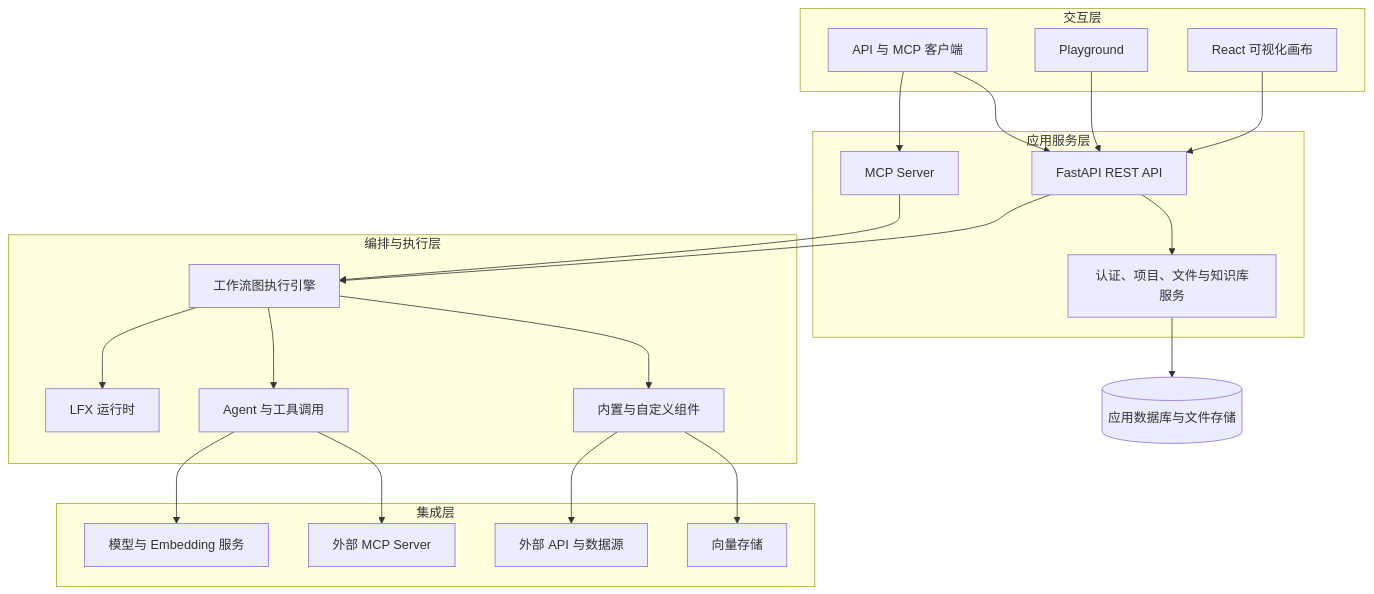
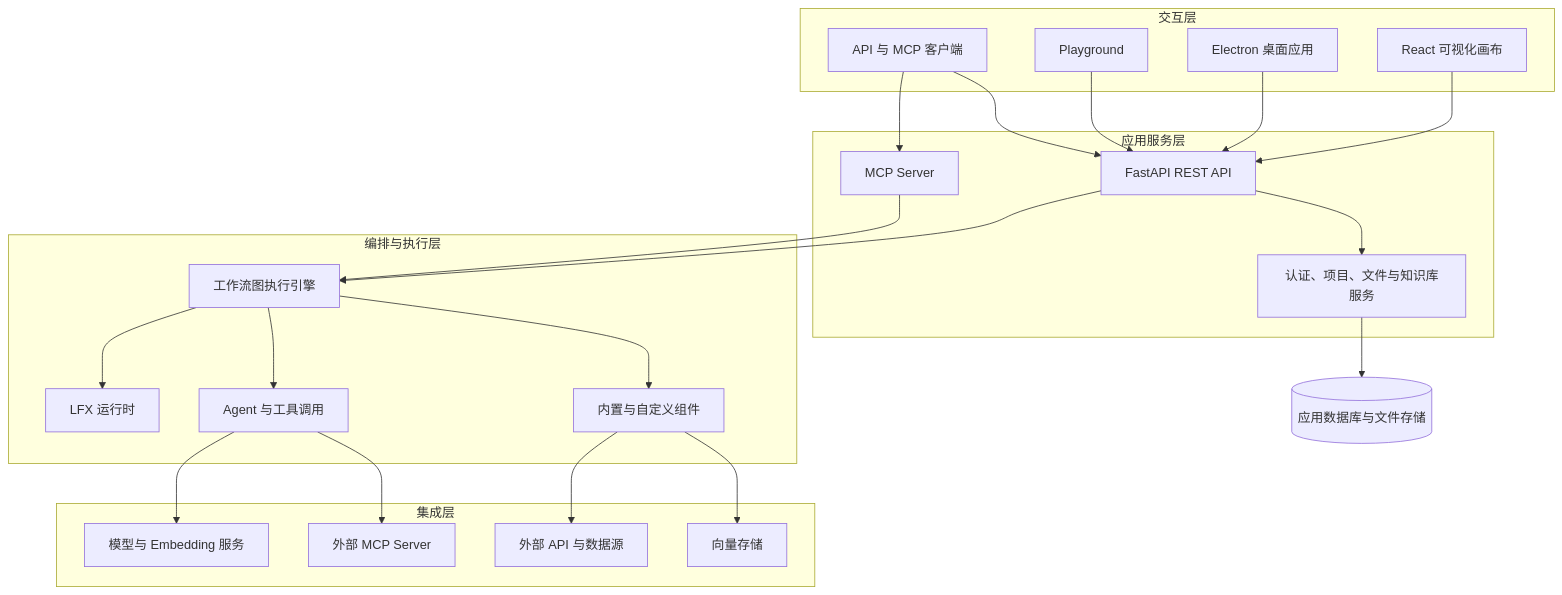
The second of 2 diagrams in README.md (lien0219/openxflow), drawn with Mermaid before and after one commit. The commit also changed other lines of this file, not shown here.

Commit message:
docs: expose desktop support in project readme

````diff
--- a/README.md
+++ b/README.md
@@ -135,46 +139,48 @@
 ```mermaid
 flowchart TB
     subgraph Experience[交互层]
         Web[React 可视化画布]
+        Desktop[Electron 桌面应用]
         Playground[Playground]
         Clients[API 与 MCP 客户端]
     end
 
     subgraph Application[应用服务层]
         FastAPI[FastAPI REST API]
         MCPAPI[MCP Server]
         Services[认证、项目、文件与知识库服务]
     end
 
     subgraph Runtime[编排与执行层]
         Graph[工作流图执行引擎]
         LFX[LFX 运行时]
         Agents[Agent 与工具调用]
         Components[内置与自定义组件]
     end
 
     subgraph Integrations[集成层]
         Models[模型与 Embedding 服务]
         MCPTools[外部 MCP Server]
         APIs[外部 API 与数据源]
         Vectors[向量存储]
     end
 
     Storage[(应用数据库与文件存储)]
 
     Web --> FastAPI
+    Desktop --> FastAPI
     Playground --> FastAPI
     Clients --> FastAPI
     Clients --> MCPAPI
     FastAPI --> Services
     FastAPI --> Graph
     MCPAPI --> Graph
     Graph --> LFX
     Graph --> Agents
     Graph --> Components
     Agents --> Models
     Agents --> MCPTools
     Components --> APIs
     Components --> Vectors
     Services --> Storage
 ```
````
